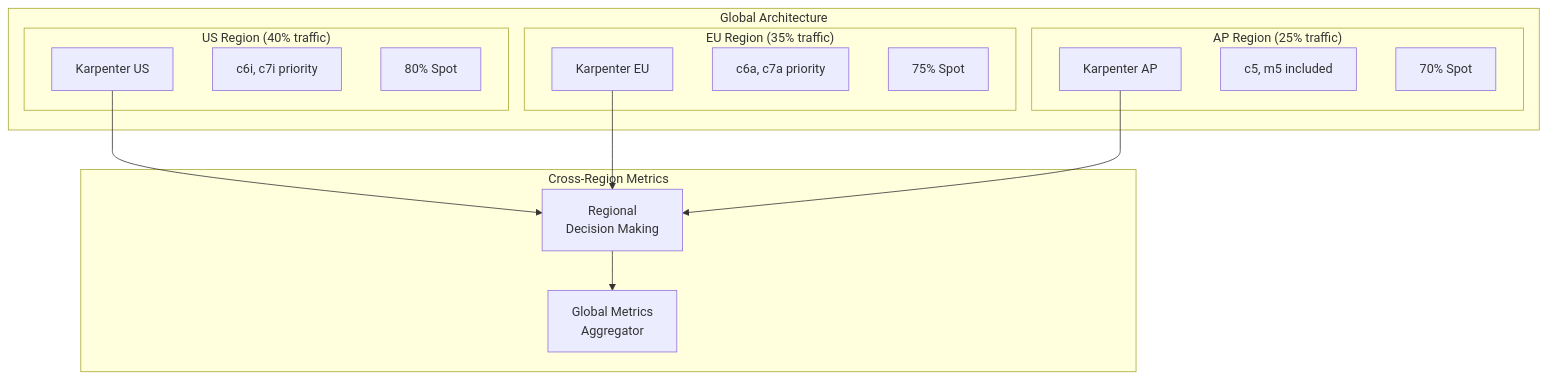
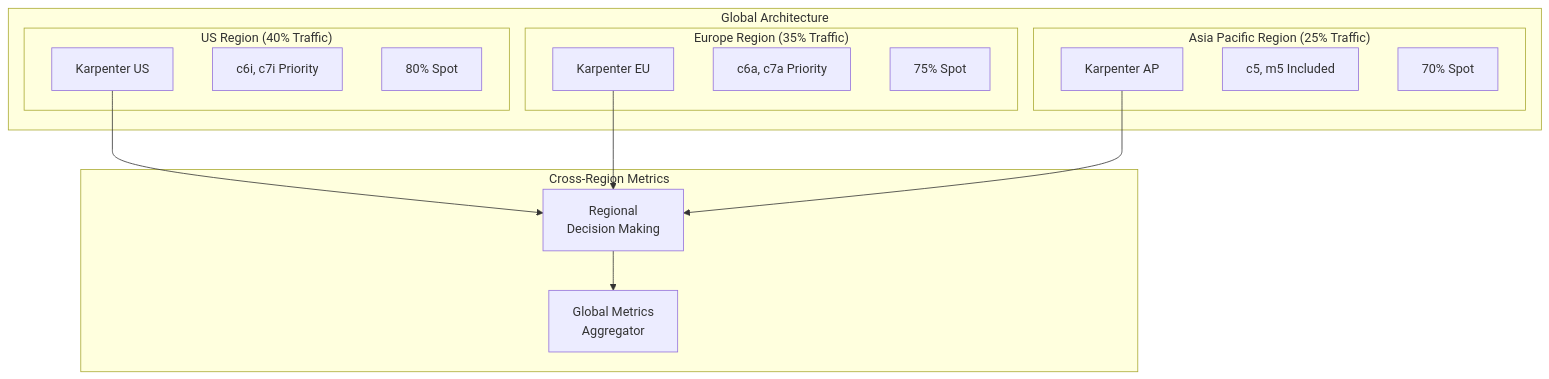
One commit to devfloor9/engineering-playbook changed diagram 14 of 33 in i18n/en/docusaurus-plugin-content-docs/current/infrastructure-optimization/karpenter-autoscaling.md. Above: the diagram before and after it, drawn with Mermaid. The commit also changed other lines of this file and 43 other files, not shown here.

````diff
--- a/i18n/en/docusaurus-plugin-content-docs/current/infrastructure-optimization/karpenter-autoscaling.md
+++ b/i18n/en/docusaurus-plugin-content-docs/current/infrastructure-optimization/karpenter-autoscaling.md
@@ -634,34 +884,34 @@
 ```mermaid
 graph TB
     subgraph "Global Architecture"
-        subgraph "US Region (40% traffic)"
+        subgraph "US Region (40% Traffic)"
             US_KARP[Karpenter US]
-            US_TYPES[c6i, c7i priority]
+            US_TYPES[c6i, c7i Priority]
             US_SPOT[80% Spot]
         end
 
-        subgraph "EU Region (35% traffic)"
+        subgraph "Europe Region (35% Traffic)"
             EU_KARP[Karpenter EU]
-            EU_TYPES[c6a, c7a priority]
+            EU_TYPES[c6a, c7a Priority]
             EU_SPOT[75% Spot]
         end
 
-        subgraph "AP Region (25% traffic)"
+        subgraph "Asia Pacific Region (25% Traffic)"
             AP_KARP[Karpenter AP]
-            AP_TYPES[c5, m5 included]
+            AP_TYPES[c5, m5 Included]
             AP_SPOT[70% Spot]
         end
     end
 
     subgraph "Cross-Region Metrics"
         GLOBAL[Global Metrics<br/>Aggregator]
         REGIONAL[Regional<br/>Decision Making]
     end
 
     US_KARP --> REGIONAL
     EU_KARP --> REGIONAL
     AP_KARP --> REGIONAL
 
     REGIONAL --> GLOBAL
 
 ```
````
